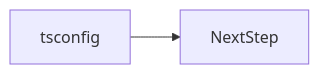
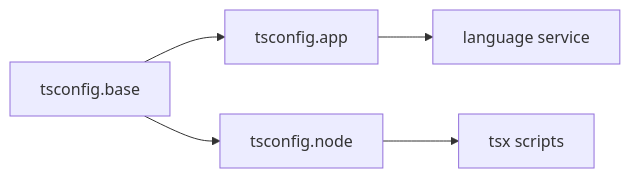
The second of 2 diagrams in docs/en/07-typescript/tsconfig/index.md (OmidJavaherii/Frontend-Engineering-Handbook), drawn with Mermaid before and after one commit. The commit also changed other lines of this file and 461 other files, not shown here.

````diff
--- a/docs/en/07-typescript/tsconfig/index.md
+++ b/docs/en/07-typescript/tsconfig/index.md
@@ -94,4 +122,7 @@
 ```mermaid
 flowchart LR
-  concept[tsconfig] --> nextStep[NextStep]
+  Base[tsconfig.base] --> App[tsconfig.app]
+  Base --> Node[tsconfig.node]
+  App --> IDE[language service]
+  Node --> Scripts[tsx scripts]
 ```
````
